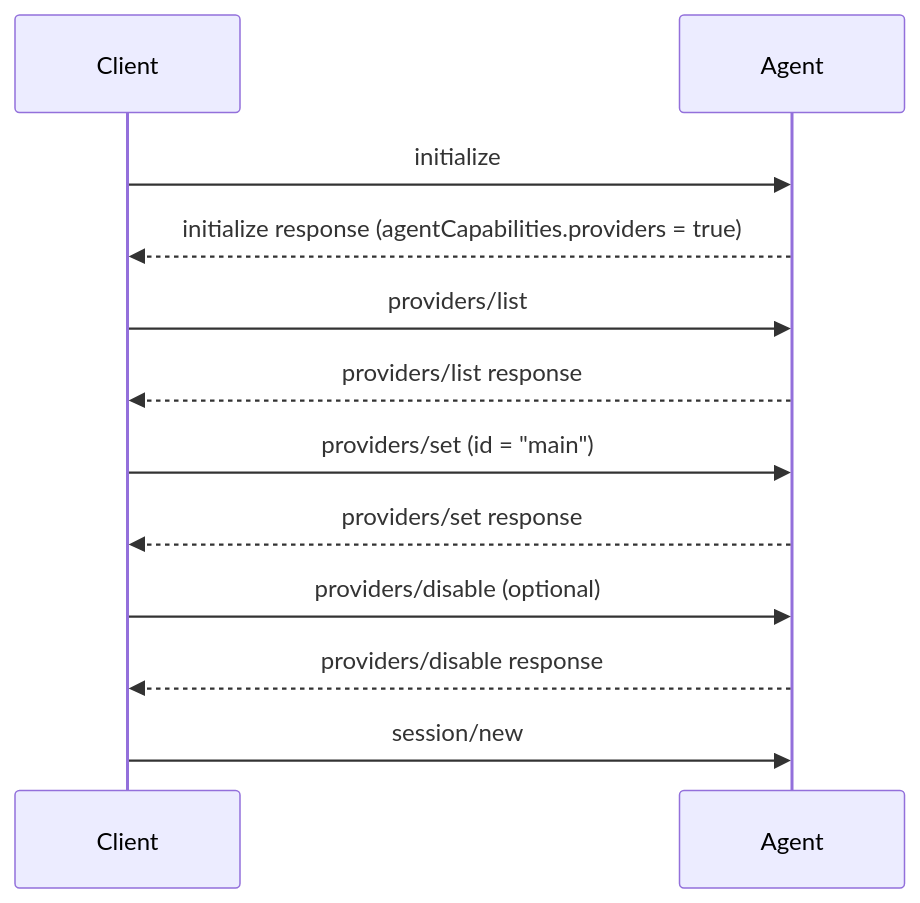
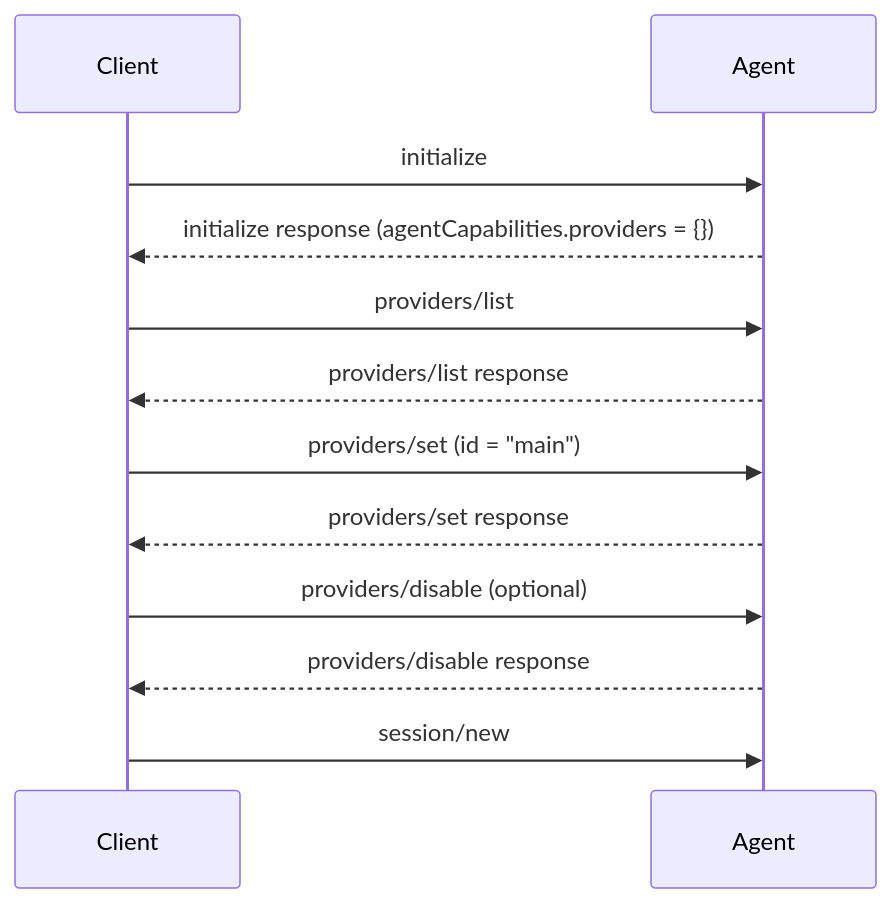
Before and after one commit to agentclientprotocol/agent-client-protocol: the diagram in docs/rfds/custom-llm-endpoint.mdx, drawn with Mermaid. The commit also changed other lines of this file, not shown here.

Commit message:
Align capabilities

````diff
--- a/docs/rfds/custom-llm-endpoint.mdx
+++ b/docs/rfds/custom-llm-endpoint.mdx
@@ -58,19 +58,19 @@
 ```mermaid
 sequenceDiagram
     participant Client
     participant Agent
 
     Client->>Agent: initialize
-    Agent-->>Client: initialize response (agentCapabilities.providers = true)
+    Agent-->>Client: initialize response (agentCapabilities.providers = {})
 
     Client->>Agent: providers/list
     Agent-->>Client: providers/list response
 
     Client->>Agent: providers/set (id = "main")
     Agent-->>Client: providers/set response
 
     Client->>Agent: providers/disable (optional)
     Agent-->>Client: providers/disable response
 
     Client->>Agent: session/new
 ```
````
